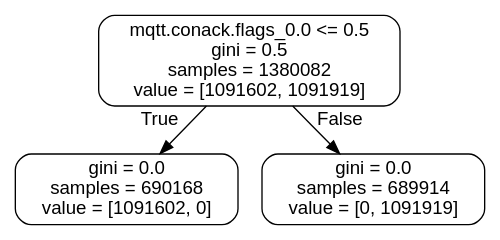
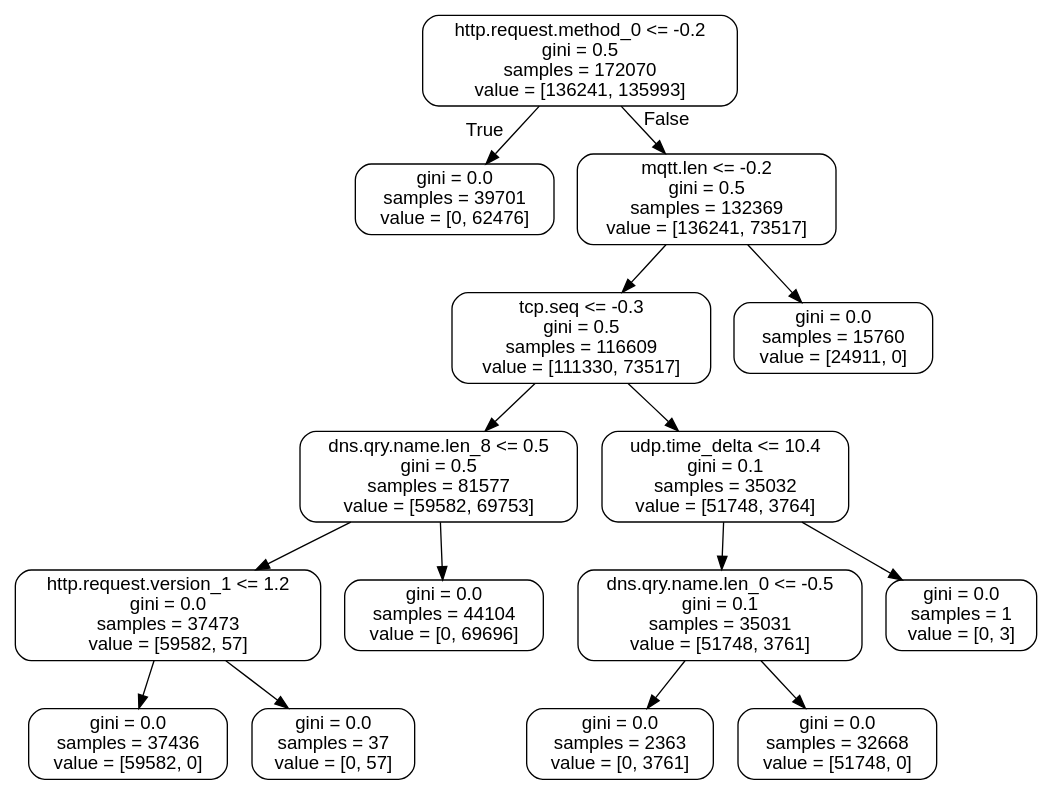
Before and after one commit to Melicias/INOVMineral: the diagram in tree.dot, drawn with Graphviz. The commit also changed 2 other files, not shown here.

```diff
--- a/tree.dot
+++ b/tree.dot
@@ -1,9 +1,33 @@
 digraph Tree {
 node [shape=box, style="rounded", color="black", fontname="helvetica"] ;
 edge [fontname="helvetica"] ;
-0 [label="mqtt.conack.flags_0.0 <= 0.5\ngini = 0.5\nsamples = 1380082\nvalue = [1091602, 1091919]"] ;
-1 [label="gini = 0.0\nsamples = 690168\nvalue = [1091602, 0]"] ;
+0 [label="http.request.method_0 <= -0.2\ngini = 0.5\nsamples = 172070\nvalue = [136241, 135993]"] ;
+1 [label="gini = 0.0\nsamples = 39701\nvalue = [0, 62476]"] ;
 0 -> 1 [labeldistance=2.5, labelangle=45, headlabel="True"] ;
-2 [label="gini = 0.0\nsamples = 689914\nvalue = [0, 1091919]"] ;
+2 [label="mqtt.len <= -0.2\ngini = 0.5\nsamples = 132369\nvalue = [136241, 73517]"] ;
 0 -> 2 [labeldistance=2.5, labelangle=-45, headlabel="False"] ;
+3 [label="tcp.seq <= -0.3\ngini = 0.5\nsamples = 116609\nvalue = [111330, 73517]"] ;
+2 -> 3 ;
+4 [label="dns.qry.name.len_8 <= 0.5\ngini = 0.5\nsamples = 81577\nvalue = [59582, 69753]"] ;
+3 -> 4 ;
+5 [label="http.request.version_1 <= 1.2\ngini = 0.0\nsamples = 37473\nvalue = [59582, 57]"] ;
+4 -> 5 ;
+6 [label="gini = 0.0\nsamples = 37436\nvalue = [59582, 0]"] ;
+5 -> 6 ;
+7 [label="gini = 0.0\nsamples = 37\nvalue = [0, 57]"] ;
+5 -> 7 ;
+8 [label="gini = 0.0\nsamples = 44104\nvalue = [0, 69696]"] ;
+4 -> 8 ;
+9 [label="udp.time_delta <= 10.4\ngini = 0.1\nsamples = 35032\nvalue = [51748, 3764]"] ;
+3 -> 9 ;
+10 [label="dns.qry.name.len_0 <= -0.5\ngini = 0.1\nsamples = 35031\nvalue = [51748, 3761]"] ;
+9 -> 10 ;
+11 [label="gini = 0.0\nsamples = 2363\nvalue = [0, 3761]"] ;
+10 -> 11 ;
+12 [label="gini = 0.0\nsamples = 32668\nvalue = [51748, 0]"] ;
+10 -> 12 ;
+13 [label="gini = 0.0\nsamples = 1\nvalue = [0, 3]"] ;
+9 -> 13 ;
+14 [label="gini = 0.0\nsamples = 15760\nvalue = [24911, 0]"] ;
+2 -> 14 ;
 }
```
